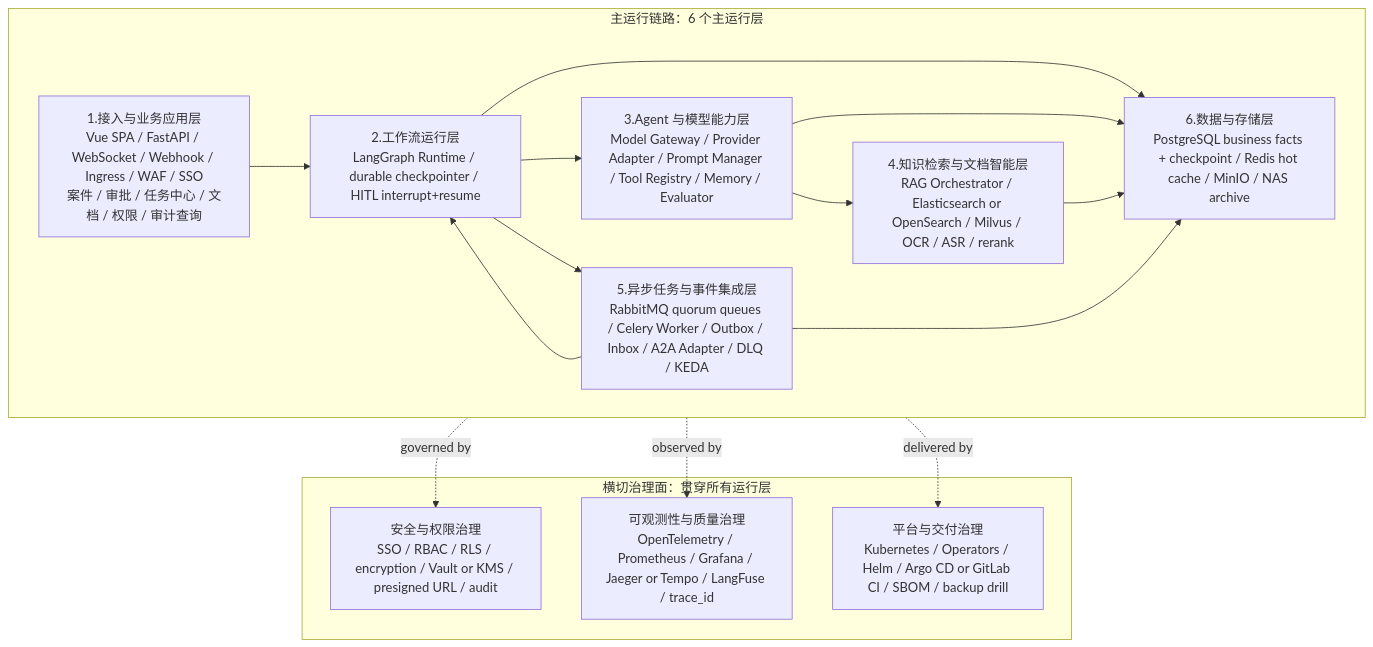
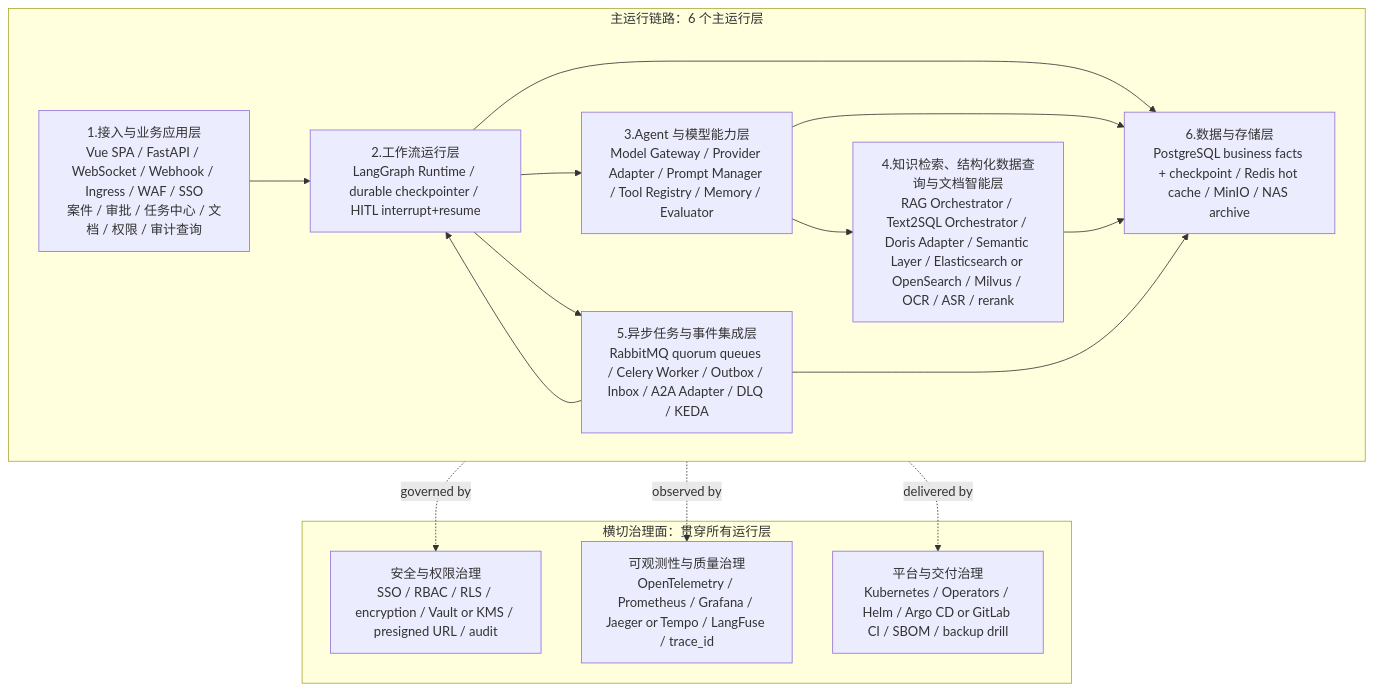
One commit to xuanyuan4612/ercm_agent changed the diagram in doc/architecture-design.md. Above: the diagram before and after it, drawn with Mermaid. The commit also changed other lines of this file and 8 other files, not shown here.

````diff
--- a/doc/architecture-design.md
+++ b/doc/architecture-design.md
@@ -134,30 +135,30 @@
 ```mermaid
 flowchart TB
     subgraph RUN["主运行链路：6 个主运行层"]
         A["1.接入与业务应用层<br/>Vue SPA / FastAPI / WebSocket / Webhook / Ingress / WAF / SSO<br/>案件 / 审批 / 任务中心 / 文档 / 权限 / 审计查询"]
         B["2.工作流运行层<br/>LangGraph Runtime / durable checkpointer / HITL interrupt+resume"]
         C["3.Agent 与模型能力层<br/>Model Gateway / Provider Adapter / Prompt Manager / Tool Registry / Memory / Evaluator"]
-        D["4.知识检索与文档智能层<br/>RAG Orchestrator / Elasticsearch or OpenSearch / Milvus / OCR / ASR / rerank"]
+        D["4.知识检索、结构化数据查询与文档智能层<br/>RAG Orchestrator / Text2SQL Orchestrator / Doris Adapter / Semantic Layer / Elasticsearch or OpenSearch / Milvus / OCR / ASR / rerank"]
         E["5.异步任务与事件集成层<br/>RabbitMQ quorum queues / Celery Worker / Outbox / Inbox / A2A Adapter / DLQ / KEDA"]
         F["6.数据与存储层<br/>PostgreSQL business facts + checkpoint / Redis hot cache / MinIO / NAS archive"]
     end
 
     subgraph GOV["横切治理面：贯穿所有运行层"]
         G1["安全与权限治理<br/>SSO / RBAC / RLS / encryption / Vault or KMS / presigned URL / audit"]
         G2["可观测性与质量治理<br/>OpenTelemetry / Prometheus / Grafana / Jaeger or Tempo / LangFuse / trace_id"]
         G3["平台与交付治理<br/>Kubernetes / Operators / Helm / Argo CD or GitLab CI / SBOM / backup drill"]
     end
 
     A --> B
     B --> C
     C --> D
     B --> E
     E --> B
     B --> F
     C --> F
     D --> F
     E --> F
     RUN -. governed by .-> G1
     RUN -. observed by .-> G2
     RUN -. delivered by .-> G3
 ```
````
